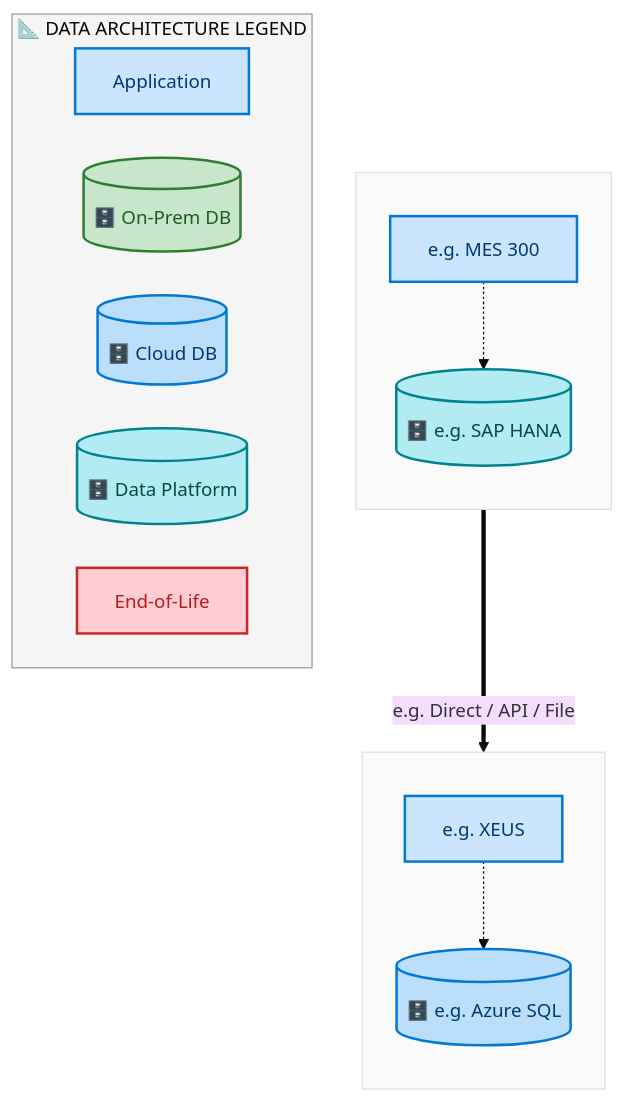
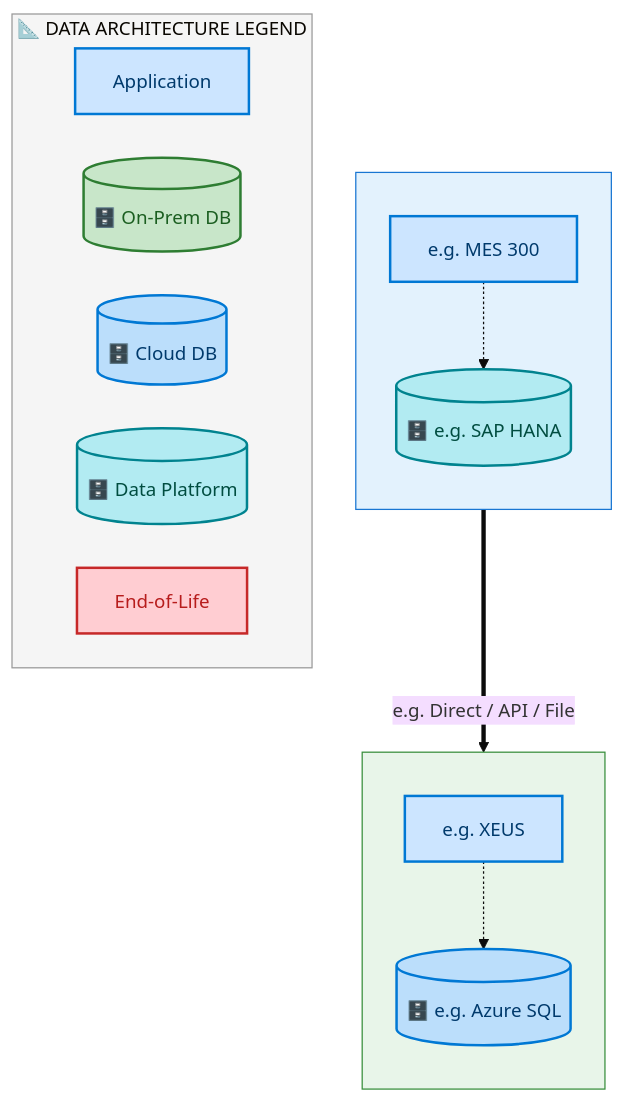
One commit to sajivfrancis777/IAO-Architecture changed the fifth of 6 diagrams in towers/E2E/output/docs/summaries/L0-E2E-Summary.md. Above: the diagram before and after it, drawn with Mermaid. The commit also changed other lines of this file and 394 other files, not shown here.

First line of the commit message:
feat: structured layer ordering for Mermaid architecture diagrams

````diff
--- a/towers/E2E/output/docs/summaries/L0-E2E-Summary.md
+++ b/towers/E2E/output/docs/summaries/L0-E2E-Summary.md
@@ -336,37 +336,37 @@
 ```mermaid
 %%{init: {"theme": "base", "securityLevel": "loose", "themeVariables": {"fontSize": "15px", "fontFamily": "Segoe UI, Arial"}, "flowchart": {"useMaxWidth": false, "htmlLabels": true, "nodeSpacing": 35, "rankSpacing": 45}} }%%
 flowchart TB
     classDef appBox fill:#CCE5FF,stroke:#0078D4,stroke-width:2px,color:#003A6C
     classDef dbCyl fill:#C8E6C9,stroke:#2E7D32,stroke-width:2px,color:#1B5E20
     classDef dbCloud fill:#BBDEFB,stroke:#0078D4,stroke-width:2px,color:#003A6C
     classDef dbData fill:#B2EBF2,stroke:#00838F,stroke-width:2px,color:#004D40
     classDef eolBox fill:#FFCDD2,stroke:#C62828,stroke-width:2px,color:#B71C1C
 
     subgraph SFDCL_e_g_Azure_SQL[" "]
         direction TB
         SFDA_e_g_XEUS["e.g. XEUS"]:::appBox
         SFDD_e_g_Azure_SQL[("🗄️ e.g. Azure SQL")]:::dbCloud
         SFDA_e_g_XEUS -.-> SFDD_e_g_Azure_SQL
     end
-    style SFDCL_e_g_Azure_SQL fill:#FAFAFA,stroke:#E0E0E0,stroke-width:1px
+    style SFDCL_e_g_Azure_SQL fill:#E8F5E9,stroke:#388E3C,stroke-width:1px
 
     subgraph SFDCL_e_g_SAP_HANA[" "]
         direction TB
         SFDA_e_g_MES_300["e.g. MES 300"]:::appBox
         SFDD_e_g_SAP_HANA[("🗄️ e.g. SAP HANA")]:::dbData
         SFDA_e_g_MES_300 -.-> SFDD_e_g_SAP_HANA
     end
-    style SFDCL_e_g_SAP_HANA fill:#FAFAFA,stroke:#E0E0E0,stroke-width:1px
+    style SFDCL_e_g_SAP_HANA fill:#E3F2FD,stroke:#1976D2,stroke-width:1px
 
     SFDD_e_g_SAP_HANA ==>|"e.g. Direct / API / File"| SFDD_e_g_Azure_SQL
 
     subgraph Legend["📐 DATA ARCHITECTURE LEGEND"]
         direction LR
         L_A["Application"]:::appBox
         L_D[("🗄️ On-Prem DB")]:::dbCyl
         L_DC[("🗄️ Cloud DB")]:::dbCloud
         L_DD[("🗄️ Data Platform")]:::dbData
         L_E["End-of-Life"]:::eolBox
     end
     style Legend fill:#F5F5F5,stroke:#999,stroke-width:1px
 ```
````
